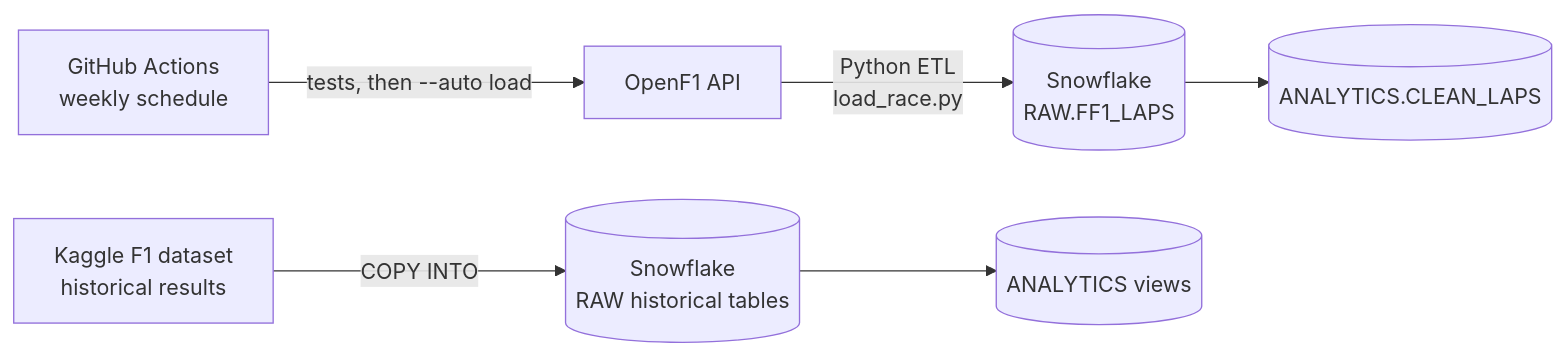
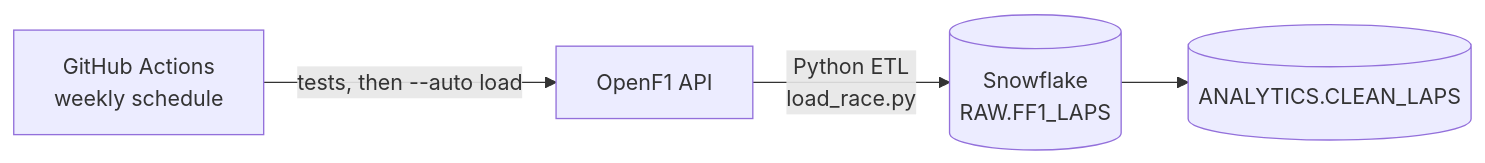
Before and after one commit to BEarle11/f1-pit-strategy-analysis: the diagram in README.md, drawn with Mermaid. The commit also changed other lines of this file and 7 other files, not shown here.

````diff
--- a/README.md
+++ b/README.md
@@ -9,8 +60,6 @@
 ```mermaid
 flowchart LR
-    A[OpenF1 API] -->|Python ETL<br/>load_race.py| B[(Snowflake<br/>RAW.FF1_LAPS)]
-    K[Kaggle F1 dataset<br/>historical results] -->|COPY INTO| C[(Snowflake<br/>RAW historical tables)]
+    G[GitHub Actions<br/>weekly schedule] -->|tests, then --auto load| A[OpenF1 API]
+    A -->|Python ETL<br/>load_race.py| B[(Snowflake<br/>RAW.FF1_LAPS)]
     B --> D[(ANALYTICS.CLEAN_LAPS)]
-    C --> D2[(ANALYTICS views)]
-    G[GitHub Actions<br/>weekly schedule] -->|tests, then --auto load| A
 ```
````
